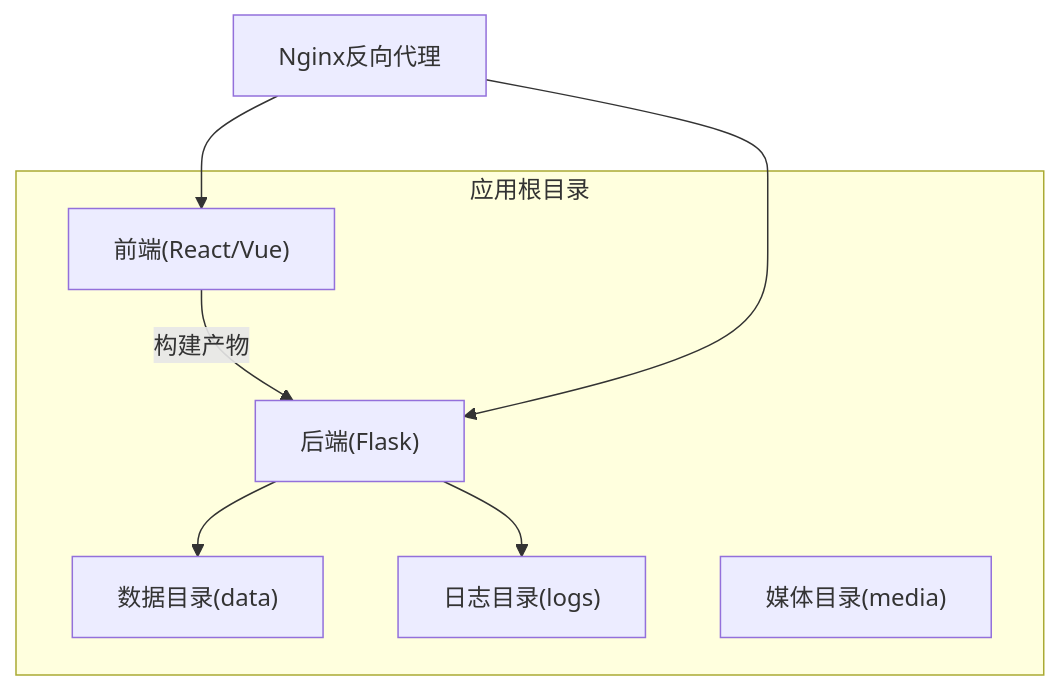
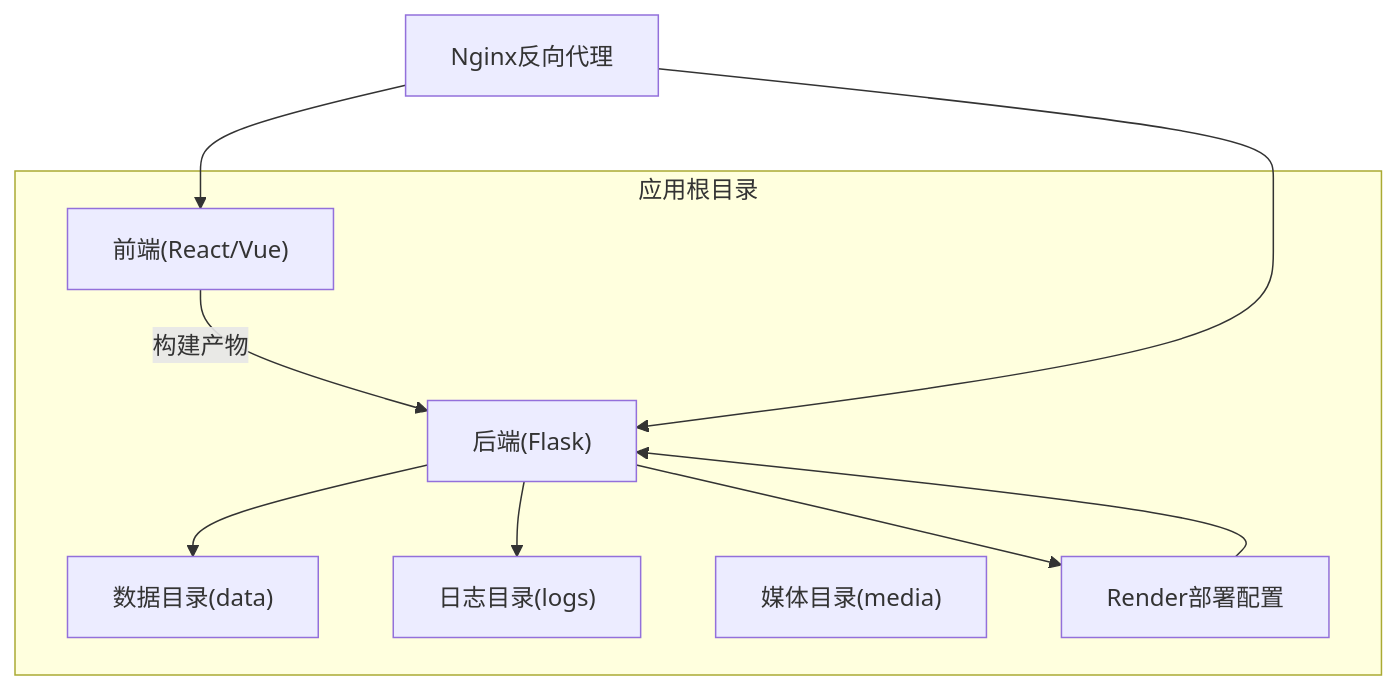
One commit to wyg5208/website_diy changed the first of 7 diagrams in .qoder/repowiki/zh/content/部署配置/Flask应用部署.md. Above: the diagram before and after it, drawn with Mermaid. The commit also changed other lines of this file and 17 other files, not shown here.

````diff
--- a/.qoder/repowiki/zh/content/部署配置/Flask应用部署.md
+++ b/.qoder/repowiki/zh/content/部署配置/Flask应用部署.md
@@ -31,15 +50,18 @@
 ```mermaid
 graph TB
 subgraph "应用根目录"
 Backend["后端(Flask)"]
 Frontend["前端(React/Vue)"]
 Data["数据目录(data)"]
 Logs["日志目录(logs)"]
 Media["媒体目录(media)"]
+Render["Render部署配置"]
 end
 Backend --> Data
 Backend --> Logs
+Backend --> Render
 Frontend --> |"构建产物"| Backend
 Nginx["Nginx反向代理"] --> Backend
 Nginx --> Frontend
+Render --> Backend
 ```
````
